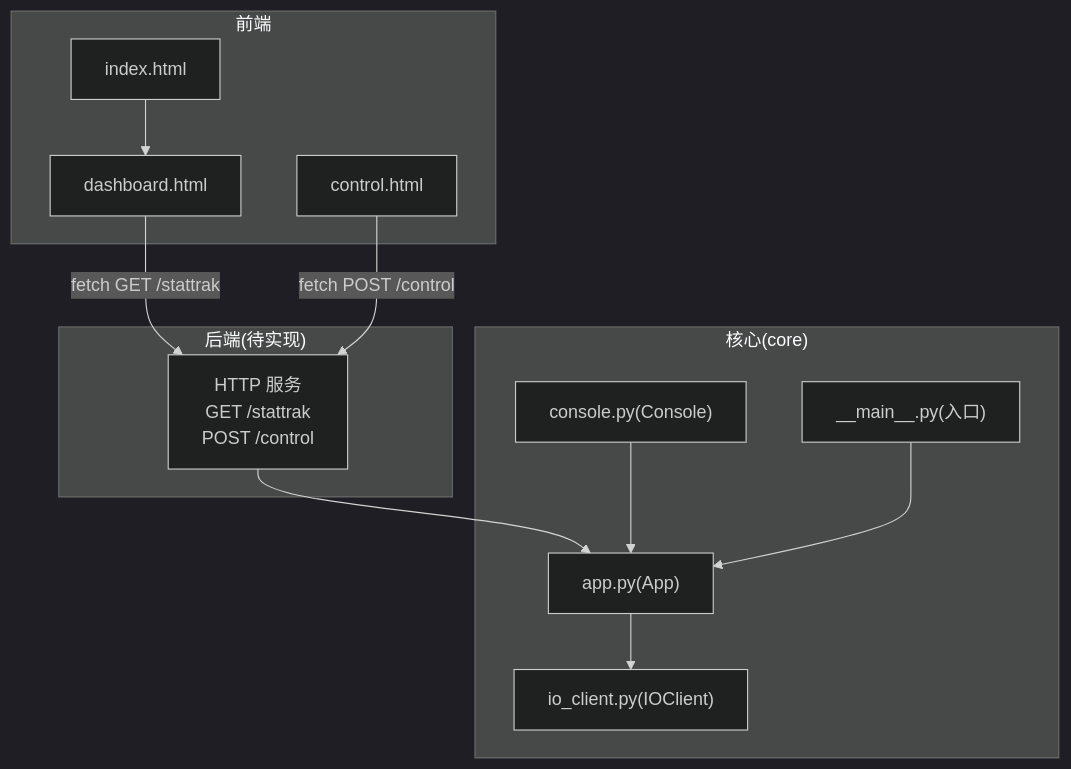
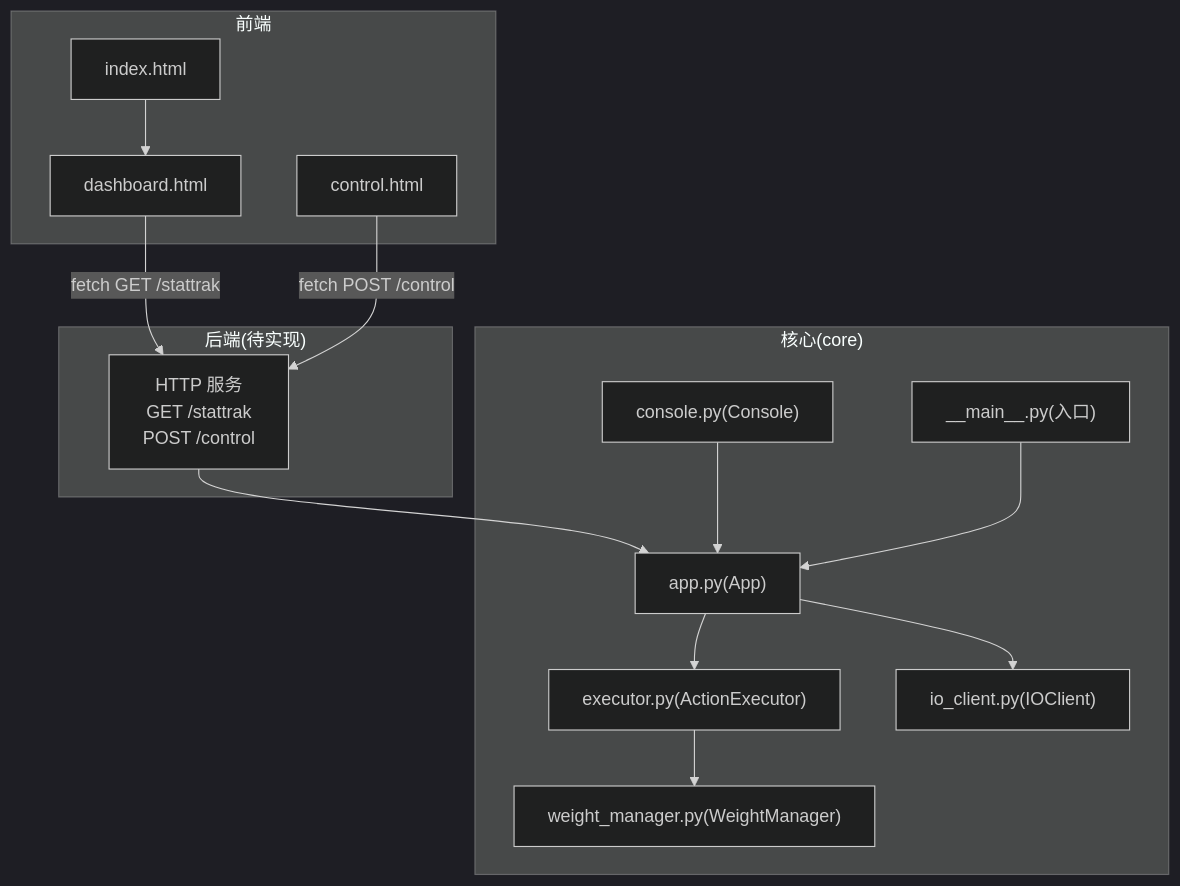
One commit to xmb505/Haku_EET changed the first of 7 diagrams in .qoder/repowiki/zh/content/小脑模块/重量检测系统.md. Above: the diagram before and after it, drawn with Mermaid (dark theme). The commit also changed other lines of this file and 27 other files, not shown here.

````diff
--- a/.qoder/repowiki/zh/content/小脑模块/重量检测系统.md
+++ b/.qoder/repowiki/zh/content/小脑模块/重量检测系统.md
@@ -42,24 +54,28 @@
 ```mermaid
 graph TB
 subgraph "前端"
 D["dashboard.html"]
 C["control.html"]
 I["index.html"]
 end
 subgraph "后端(待实现)"
 W["HTTP 服务<br/>GET /stattrak<br/>POST /control"]
 end
 subgraph "核心(core)"
 A["app.py(App)"]
 X["console.py(Console)"]
+E["executor.py(ActionExecutor)"]
+WM["weight_manager.py(WeightManager)"]
 IO["io_client.py(IOClient)"]
 M["__main__.py(入口)"]
 end
 D --> |fetch GET /stattrak| W
 C --> |fetch POST /control| W
 I --> D
 W --> A
 X --> A
+A --> E
+E --> WM
 A --> IO
 M --> A
 ```
````
